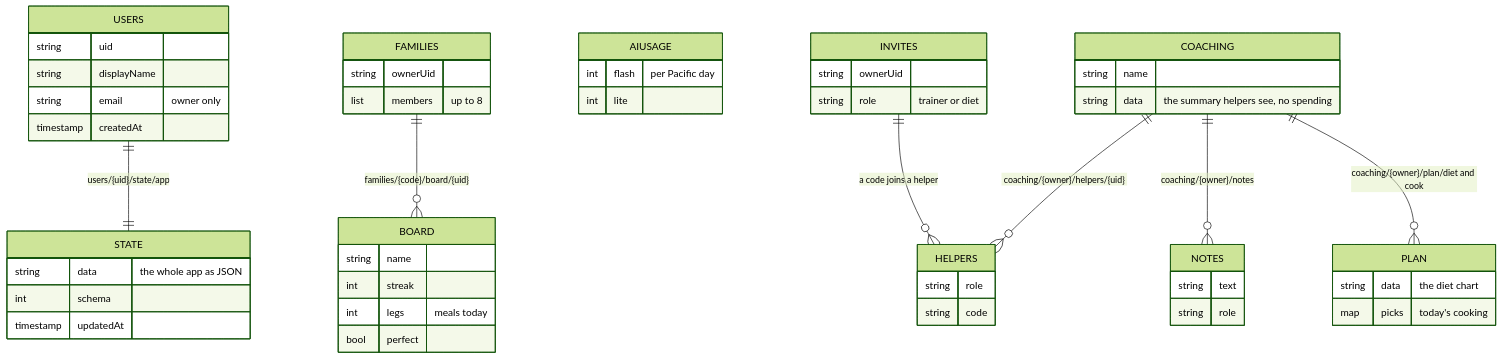
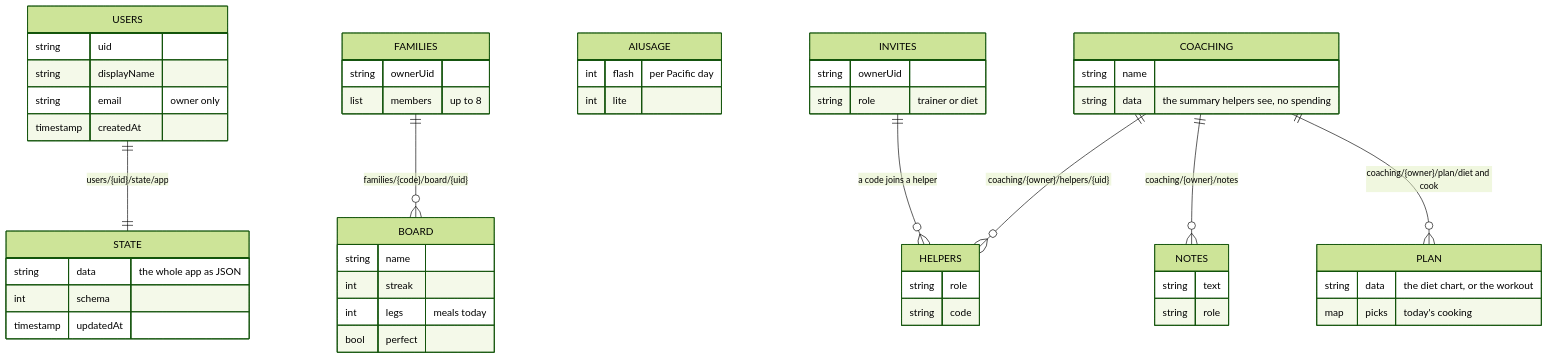
The eighth of 9 diagrams in README.md (siraajul/daur), drawn with Mermaid (forest theme) before and after one commit. The commit also changed other lines of this file and 10 other files, not shown here.

````diff
--- a/README.md
+++ b/README.md
@@ -322,54 +322,54 @@
 ```mermaid
 erDiagram
     USERS ||--|| STATE : "users/{uid}/state/app"
     USERS {
         string uid
         string displayName
         string email "owner only"
         timestamp createdAt
     }
     STATE {
         string data "the whole app as JSON"
         int schema
         timestamp updatedAt
     }
     FAMILIES ||--o{ BOARD : "families/{code}/board/{uid}"
     FAMILIES {
         string ownerUid
         list members "up to 8"
     }
     BOARD {
         string name
         int streak
         int legs "meals today"
         bool perfect
     }
     AIUSAGE {
         int flash "per Pacific day"
         int lite
     }
     INVITES ||--o{ HELPERS : "a code joins a helper"
     INVITES {
         string ownerUid
         string role "trainer or diet"
     }
     COACHING ||--o{ HELPERS : "coaching/{owner}/helpers/{uid}"
     COACHING ||--o{ NOTES : "coaching/{owner}/notes"
     COACHING ||--o{ PLAN : "coaching/{owner}/plan/diet and cook"
     COACHING {
         string name
         string data "the summary helpers see, no spending"
     }
     HELPERS {
         string role
         string code
     }
     NOTES {
         string text
         string role
     }
     PLAN {
-        string data "the diet chart"
+        string data "the diet chart, or the workout"
         map picks "today's cooking"
     }
 ```
````
